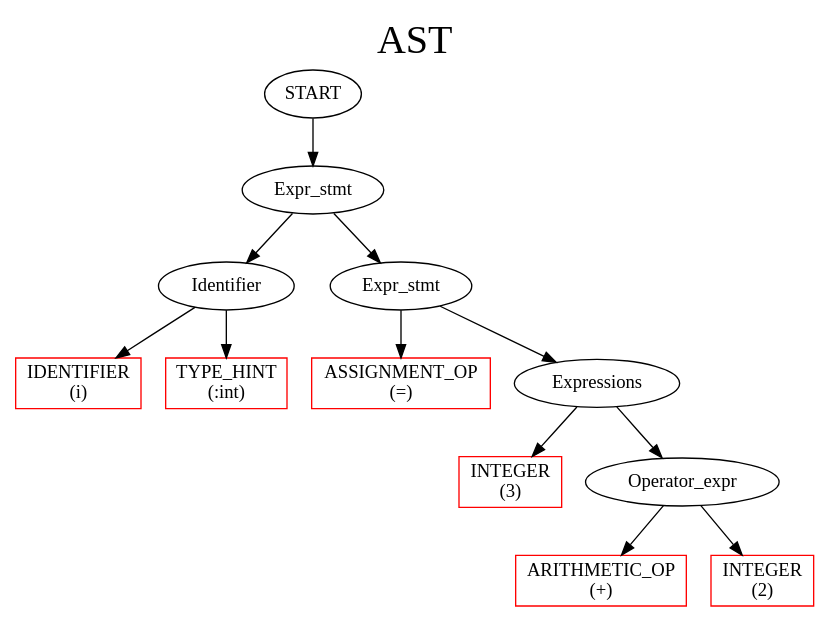
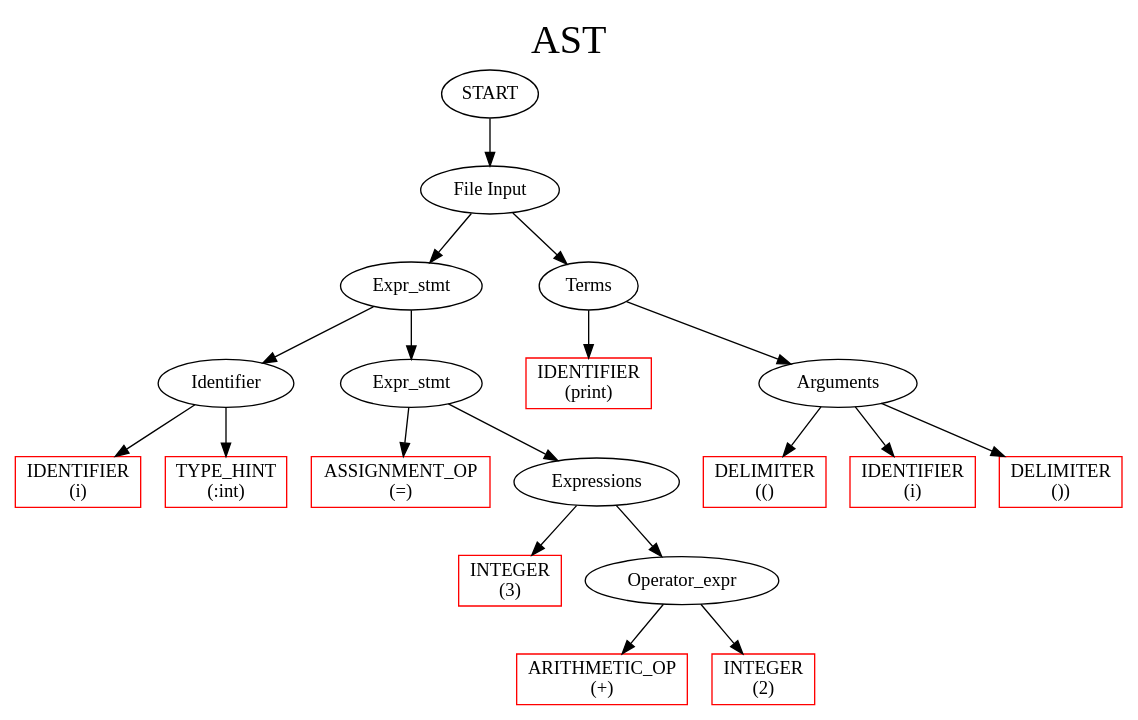
The diagram in output.dot (depanshu357/CS335-Compiler), drawn with Graphviz before and after one commit. The commit also changed 21 other files, not shown here.

```diff
--- a/output.dot
+++ b/output.dot
@@ -1,38 +1,56 @@
 digraph G{
 
 label     = "AST"
 fontname  = "Cascadia code"
 fontsize  = 30
 labelloc  = t
 
 node   [ fontname="Cascadia code" ]
-	34		[ style = solid label = "START"  ];
-	34 -> 31
+	61		[ style = solid label = "START"  ];
+	61 -> 60
+	60		[ style = solid label = "File Input"  ];
+	60 -> 31
 	31		[ style = solid label = "Expr_stmt"  ];
 	31 -> 2
 	2		[ style = solid label = "Identifier"  ];
 	2 -> 0
 	0		[ style = solid label = "IDENTIFIER 
 (i)" color = red shape = rectangle ];
 	2 -> 1
 	1		[ style = solid label = "TYPE_HINT 
 (:int)" color = red shape = rectangle ];
 	31 -> 30
 	30		[ style = solid label = "Expr_stmt"  ];
 	30 -> 3
 	3		[ style = solid label = "ASSIGNMENT_OP 
 (=)" color = red shape = rectangle ];
 	30 -> 22
 	22		[ style = solid label = "Expressions"  ];
 	22 -> 14
 	14		[ style = solid label = "INTEGER 
 (3)" color = red shape = rectangle ];
 	22 -> 21
 	21		[ style = solid label = "Operator_expr"  ];
 	21 -> 15
 	15		[ style = solid label = "ARITHMETIC_OP 
 (+)" color = red shape = rectangle ];
 	21 -> 18
 	18		[ style = solid label = "INTEGER 
 (2)" color = red shape = rectangle ];
+	60 -> 48
+	48		[ style = solid label = "Terms"  ];
+	48 -> 33
+	33		[ style = solid label = "IDENTIFIER 
+(print)" color = red shape = rectangle ];
+	48 -> 46
+	46		[ style = solid label = "Arguments"  ];
+	46 -> 34
+	34		[ style = solid label = "DELIMITER 
+(()" color = red shape = rectangle ];
+	46 -> 35
+	35		[ style = solid label = "IDENTIFIER 
+(i)" color = red shape = rectangle ];
+	46 -> 36
+	36		[ style = solid label = "DELIMITER 
+())" color = red shape = rectangle ];
 }
```
